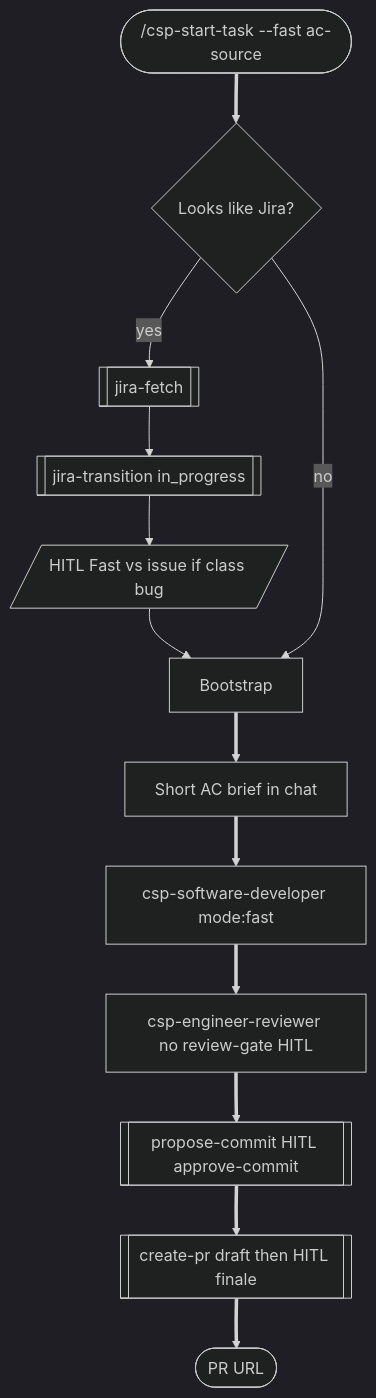
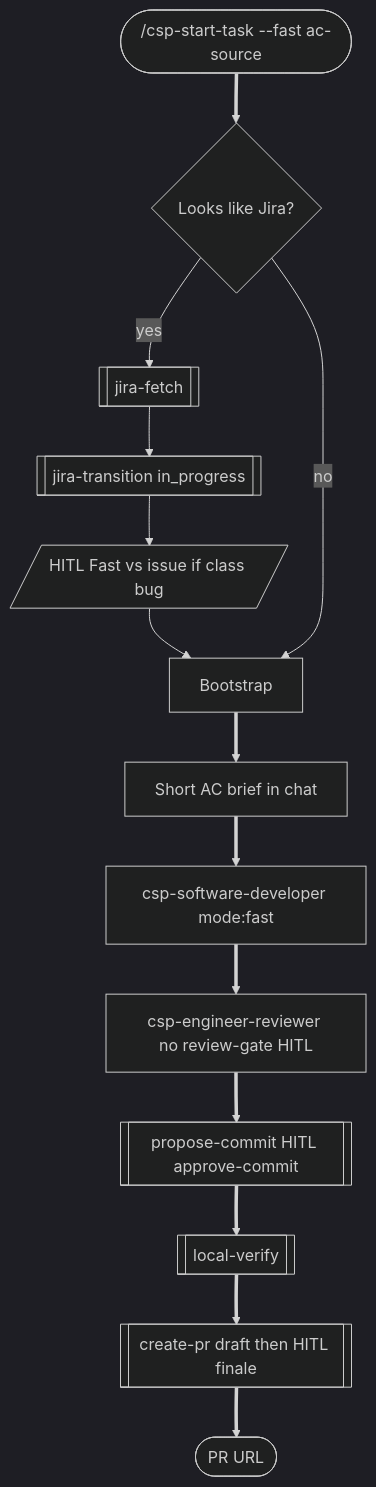
Diagram 13 of 15 in docs/superpowers/pipeline-flow.md (a-trembak/cursor-spells), drawn with Mermaid (dark theme) before and after one commit. The commit also changed other lines of this file and 11 other files, not shown here.

First line of the commit message:
feat: wire local-verify before create-pr

````diff
--- a/docs/superpowers/pipeline-flow.md
+++ b/docs/superpowers/pipeline-flow.md
@@ -544,20 +582,21 @@
 ```mermaid
 flowchart TD
   startFast(["/csp-start-task --fast ac-source"])
   looksJira{Looks like Jira?}
   fetch[["jira-fetch"]]
   inProgress[["jira-transition in_progress"]]
   fastVsIssue[/"HITL Fast vs issue if class bug"/]
   boot["Bootstrap"]
   brief["Short AC brief in chat"]
   exec["csp-software-developer mode:fast"]
   review["csp-engineer-reviewer no review-gate HITL"]
   commitNode[["propose-commit HITL approve-commit"]]
+  verifyNode[["local-verify"]]
   prNode[["create-pr draft then HITL finale"]]
   doneFast(["PR URL"])
 
   startFast ==> looksJira
   looksJira -->|"yes"| fetch --> inProgress --> fastVsIssue --> boot
   looksJira -->|"no"| boot
-  boot ==> brief ==> exec ==> review ==> commitNode ==> prNode ==> doneFast
+  boot ==> brief ==> exec ==> review ==> commitNode ==> verifyNode ==> prNode ==> doneFast
 ```
````
